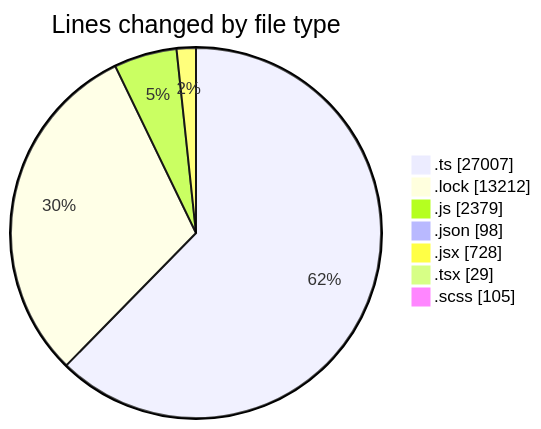
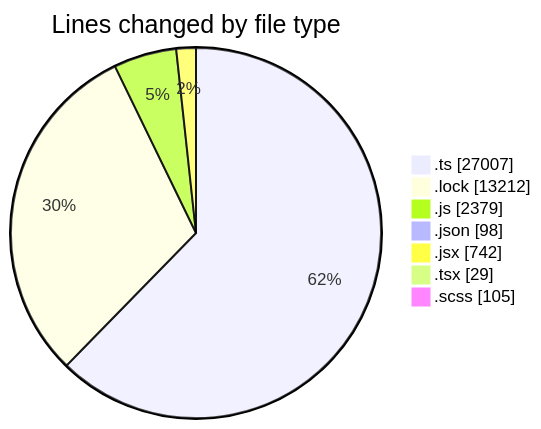
The first of 2 diagrams in 2025-05-16/cda/README.md (momahboobian/code-tracking), drawn with Mermaid before and after one commit. The commit also changed other lines of this file and 1 other file, not shown here.

````diff
--- a/2025-05-16/cda/README.md
+++ b/2025-05-16/cda/README.md
@@ -42,11 +42,11 @@
 ```mermaid
 pie showData
 title Lines changed by file type
 ".ts" : 27007
 ".lock" : 13212
 ".js" : 2379
 ".json" : 98
-".jsx" : 728
+".jsx" : 742
 ".tsx" : 29
 ".scss" : 105
 ```
````
